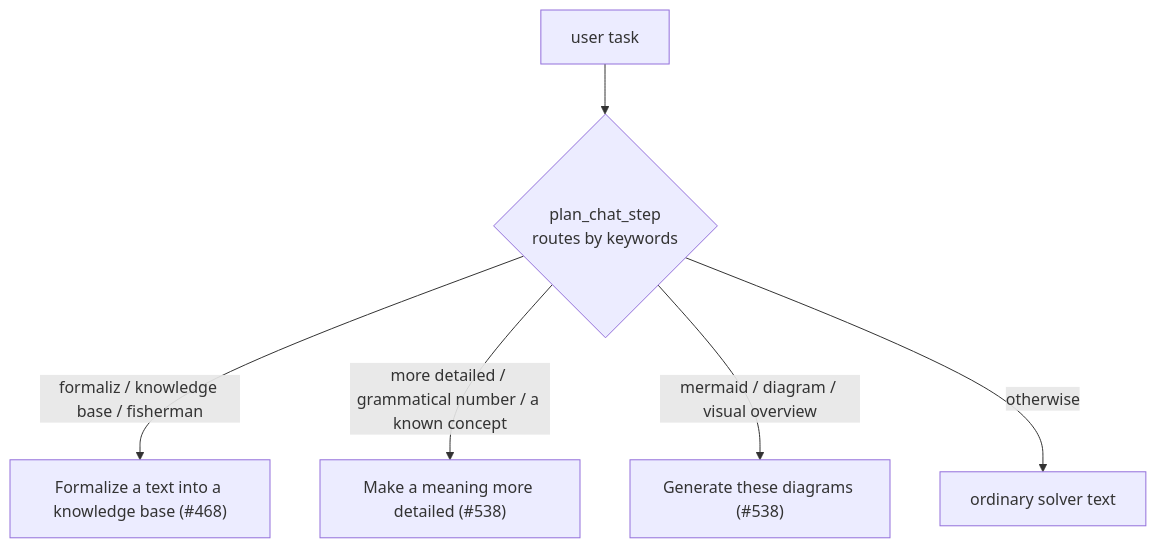
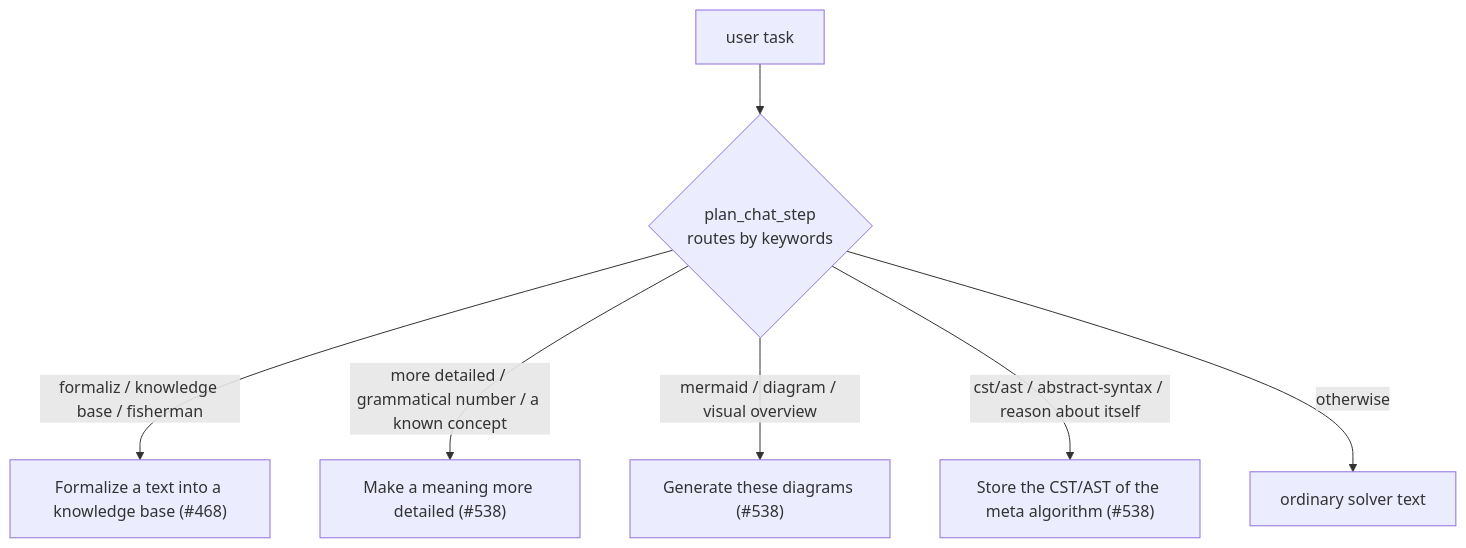
The first of 5 diagrams in docs/diagrams/agentic-recipes.md (link-assistant/formal-ai), drawn with Mermaid before and after one commit. The commit also changed other lines of this file and 7 other files, not shown here.

Commit message:
test(diagram): regenerate diagram artifacts for the self_ast recipe (#538)

````diff
--- a/docs/diagrams/agentic-recipes.md
+++ b/docs/diagrams/agentic-recipes.md
@@ -13,8 +13,9 @@
 ```mermaid
 flowchart TD
     user["user task"] --> router{"plan_chat_step<br/>routes by keywords"}
     router -->|"formaliz / knowledge base / fisherman"| formalize["Formalize a text into a knowledge base (#468)"]
     router -->|"more detailed / grammatical number / a known concept"| meaning["Make a meaning more detailed (#538)"]
     router -->|"mermaid / diagram / visual overview"| diagram["Generate these diagrams (#538)"]
+    router -->|"cst/ast / abstract-syntax / reason about itself"| self_ast["Store the CST/AST of the meta algorithm (#538)"]
     router -->|"otherwise"| solver["ordinary solver text"]
 ```
````
